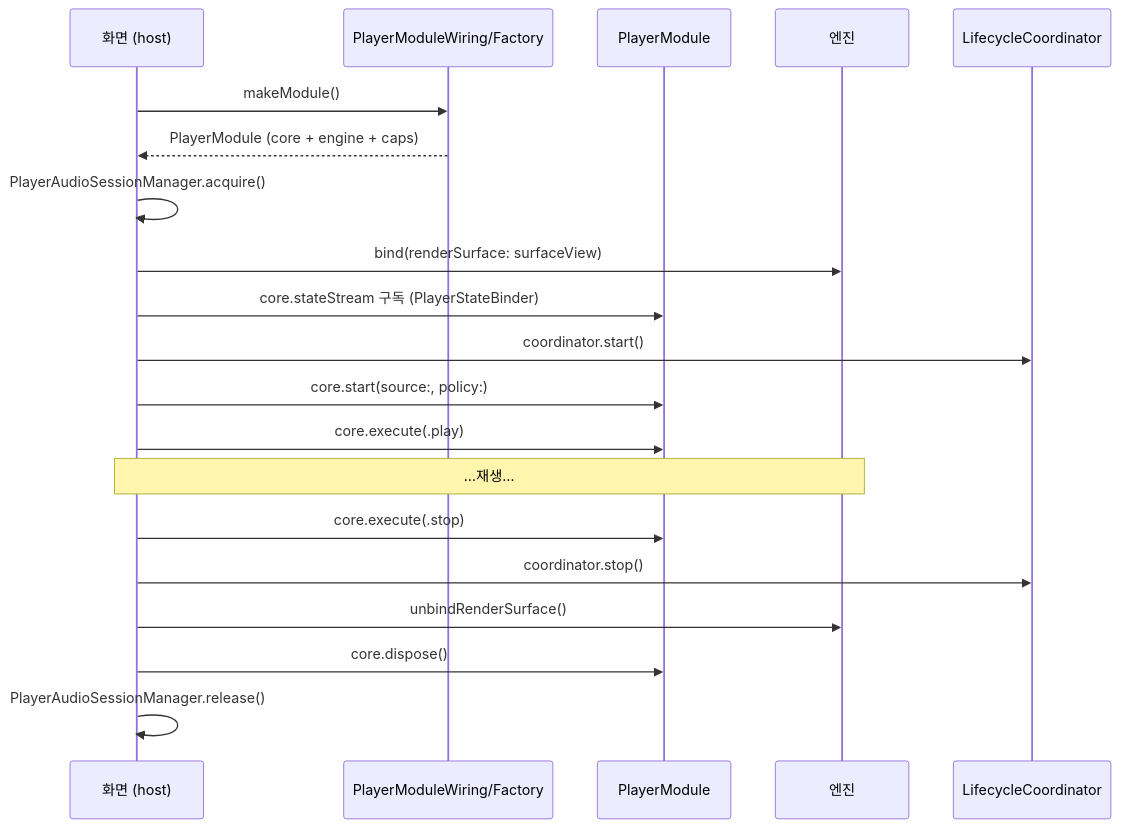
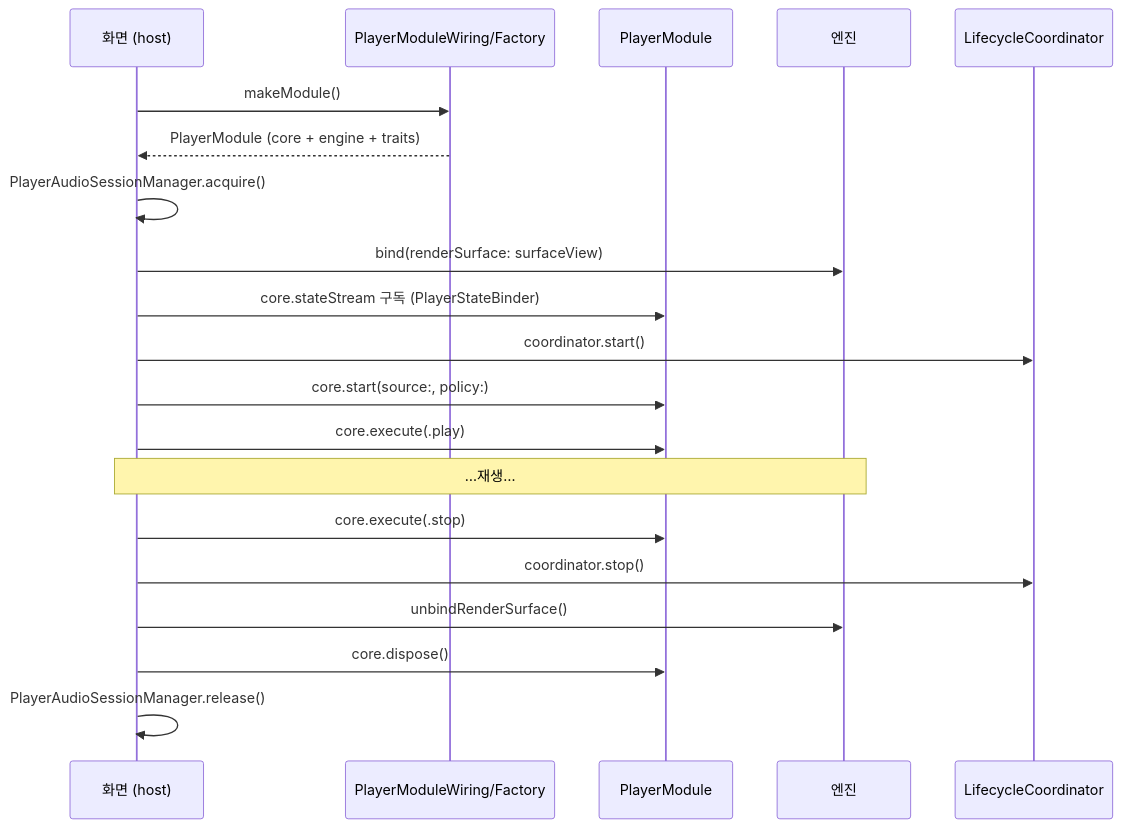
Before and after one commit to megastudymobile/ms-videoplayer-ios: the diagram in docs/HANDOVER/07-shell-support.md, drawn with Mermaid. The commit also changed other lines of this file and 11 other files, not shown here.

````diff
--- a/docs/HANDOVER/07-shell-support.md
+++ b/docs/HANDOVER/07-shell-support.md
@@ -201,23 +209,23 @@
 ```mermaid
 sequenceDiagram
     participant VC as 화면 (host)
     participant W as PlayerModuleWiring/Factory
     participant M as PlayerModule
     participant E as 엔진
     participant L as LifecycleCoordinator
 
     VC->>W: makeModule()
-    W-->>VC: PlayerModule (core + engine + caps)
+    W-->>VC: PlayerModule (core + engine + traits)
     VC->>VC: PlayerAudioSessionManager.acquire()
     VC->>E: bind(renderSurface: surfaceView)
     VC->>M: core.stateStream 구독 (PlayerStateBinder)
     VC->>L: coordinator.start()
     VC->>M: core.start(source:, policy:)
     VC->>M: core.execute(.play)
     Note over VC,E: …재생…
     VC->>M: core.execute(.stop)
     VC->>L: coordinator.stop()
     VC->>E: unbindRenderSurface()
     VC->>M: core.dispose()
     VC->>VC: PlayerAudioSessionManager.release()
 ```
````
